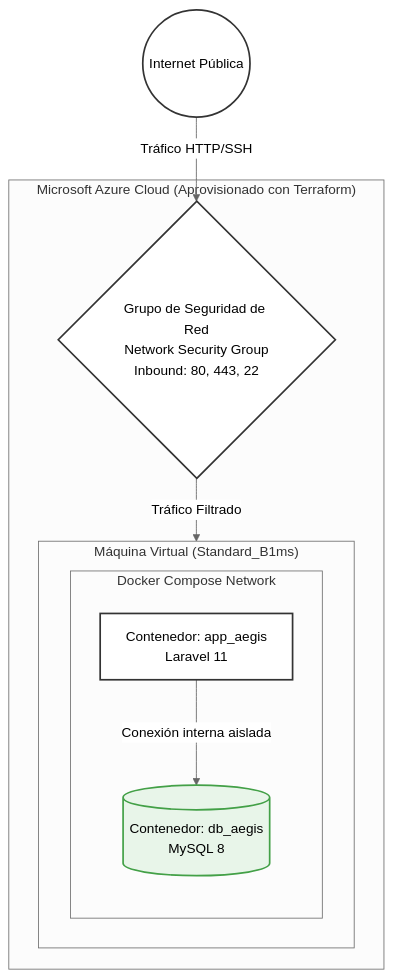
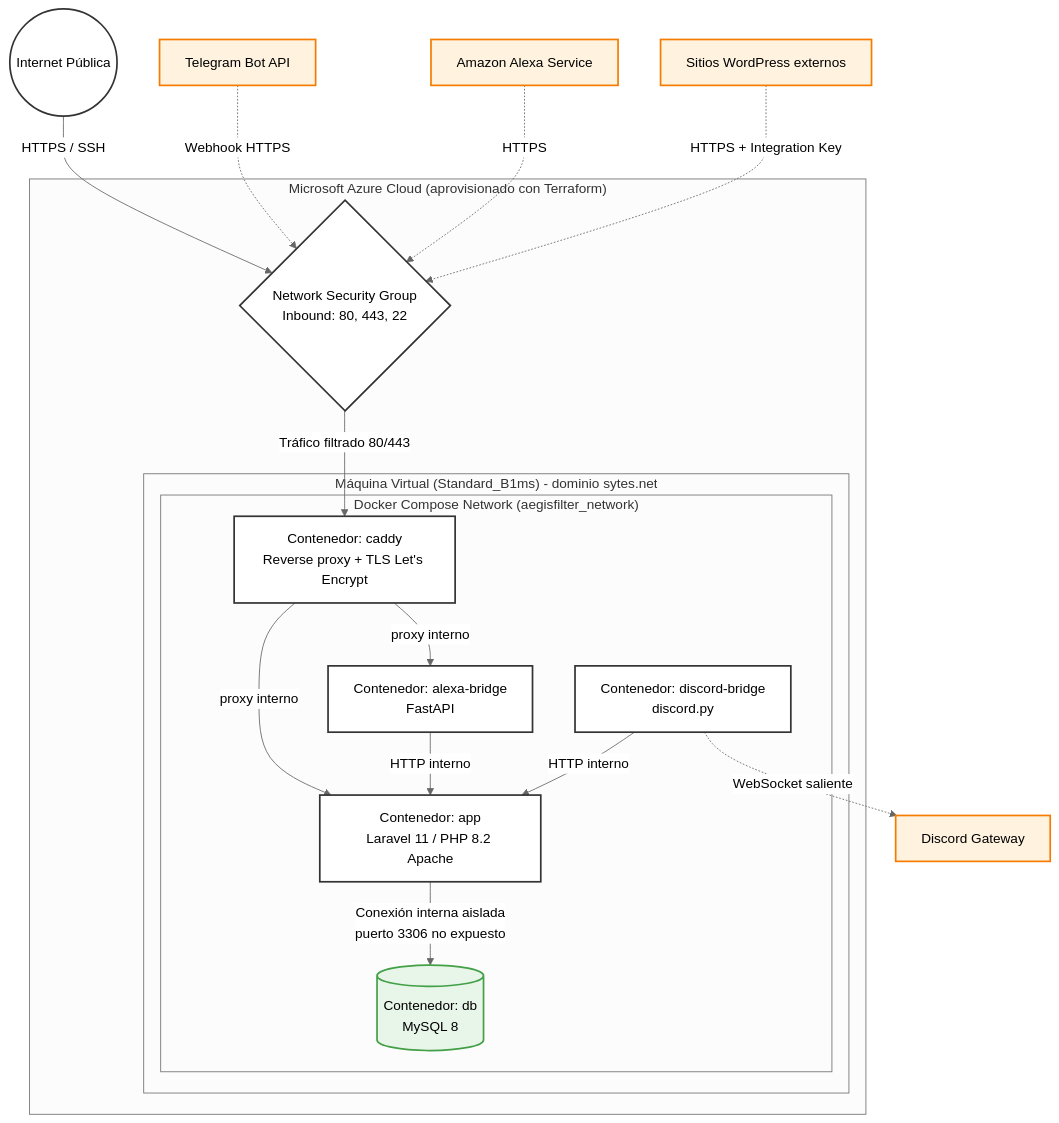
Before and after one commit to UPT-FAING-EPIS/proyecto-si784-2026-i-u1-antispam: diagram 11 of 11 in docs/FD04-Informe-Arquitectura.md, drawn with Mermaid (neutral theme). The commit also changed other lines of this file, not shown here.

First line of the commit message:
Actualizar diagramas Mermaid del FD04 a la arquitectura real del sistema

````diff
--- a/docs/FD04-Informe-Arquitectura.md
+++ b/docs/FD04-Informe-Arquitectura.md
@@ -398,23 +617,39 @@
 ```mermaid
 flowchart TD
     classDef cloud fill:#e3f2fd,stroke:#1e88e5,stroke-width:2px,color:#000,stroke-dasharray: 5 5
     classDef node fill:#fff,stroke:#333,stroke-width:2px,color:#000
     classDef db fill:#e8f5e9,stroke:#43a047,stroke-width:2px,color:#000
+    classDef external fill:#fff3e0,stroke:#f57c00,stroke-width:2px,color:#000
 
     Internet((Internet Pública))
+    Telegram[Telegram Bot API]:::external
+    Alexa[Amazon Alexa Service]:::external
+    Discord[Discord Gateway]:::external
+    WordPress[Sitios WordPress externos]:::external
 
-    subgraph Azure ["Microsoft Azure Cloud (Aprovisionado con Terraform)"]
-        NSG{Grupo de Seguridad de Red\nNetwork Security Group\nInbound: 80, 443, 22}:::node
-        
-        subgraph VM ["Máquina Virtual (Standard_B1ms)"]
-            subgraph Docker ["Docker Compose Network"]
-                App[Contenedor: app_aegis\nLaravel 11]:::node
-                DB[(Contenedor: db_aegis\nMySQL 8)]:::db
+    subgraph Azure ["Microsoft Azure Cloud (aprovisionado con Terraform)"]
+        NSG{Network Security Group<br/>Inbound: 80, 443, 22}:::node
+
+        subgraph VM ["Máquina Virtual (Standard_B1ms) - dominio sytes.net"]
+            subgraph DockerNet ["Docker Compose Network (aegisfilter_network)"]
+                Caddy[Contenedor: caddy<br/>Reverse proxy + TLS Let's Encrypt]:::node
+                App[Contenedor: app<br/>Laravel 11 / PHP 8.2 Apache]:::node
+                AlexaBr[Contenedor: alexa-bridge<br/>FastAPI]:::node
+                DiscordBr[Contenedor: discord-bridge<br/>discord.py]:::node
+                DB[(Contenedor: db<br/>MySQL 8)]:::db
             end
         end
     end
 
-    Internet -->|Tráfico HTTP/SSH| NSG
-    NSG -->|Tráfico Filtrado| VM
-    App -->|Conexión interna aislada| DB
+    Internet -->|HTTPS / SSH| NSG
+    Telegram -.->|Webhook HTTPS| NSG
+    Alexa -.->|HTTPS| NSG
+    WordPress -.->|HTTPS + Integration Key| NSG
+    NSG -->|Tráfico filtrado 80/443| Caddy
+    Caddy -->|proxy interno| App
+    Caddy -->|proxy interno| AlexaBr
+    DiscordBr -.->|WebSocket saliente| Discord
+    AlexaBr -->|HTTP interno| App
+    DiscordBr -->|HTTP interno| App
+    App -->|Conexión interna aislada<br/>puerto 3306 no expuesto| DB
 ```
````
